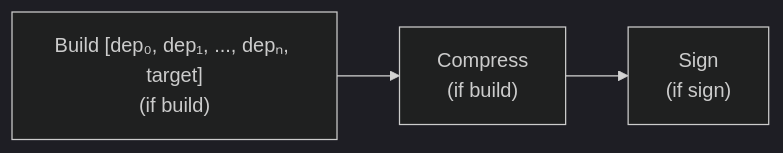
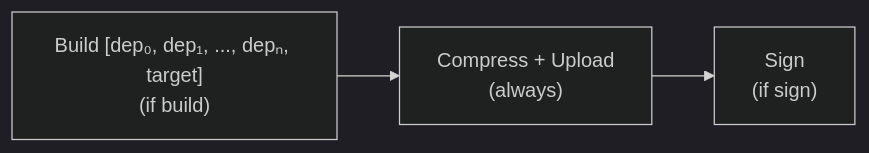
One commit to wavelens/gradient changed diagram 15 of 26 in docs/src/development/proto.md. Above: the diagram before and after it, drawn with Mermaid (dark theme). The commit also changed other lines of this file and 44 other files, not shown here.

````diff
--- a/docs/src/development/proto.md
+++ b/docs/src/development/proto.md
@@ -673,5 +707,5 @@
 ```mermaid
 graph LR
-    A["Build [dep₀, dep₁, ..., depₙ, target]<br/>(if build)"] --> B["Compress<br/>(if build)"]
+    A["Build [dep₀, dep₁, ..., depₙ, target]<br/>(if build)"] --> B["Compress + Upload<br/>(always)"]
     B --> C["Sign<br/>(if sign)"]
 ```
````
